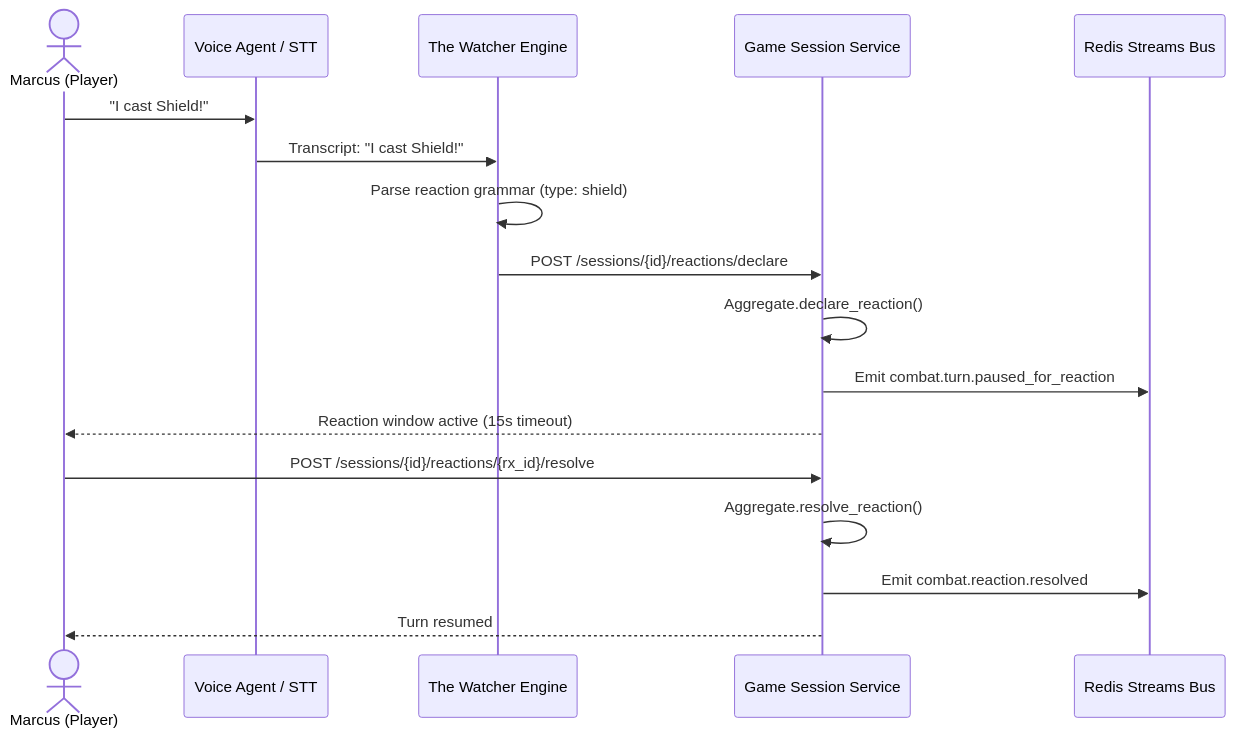
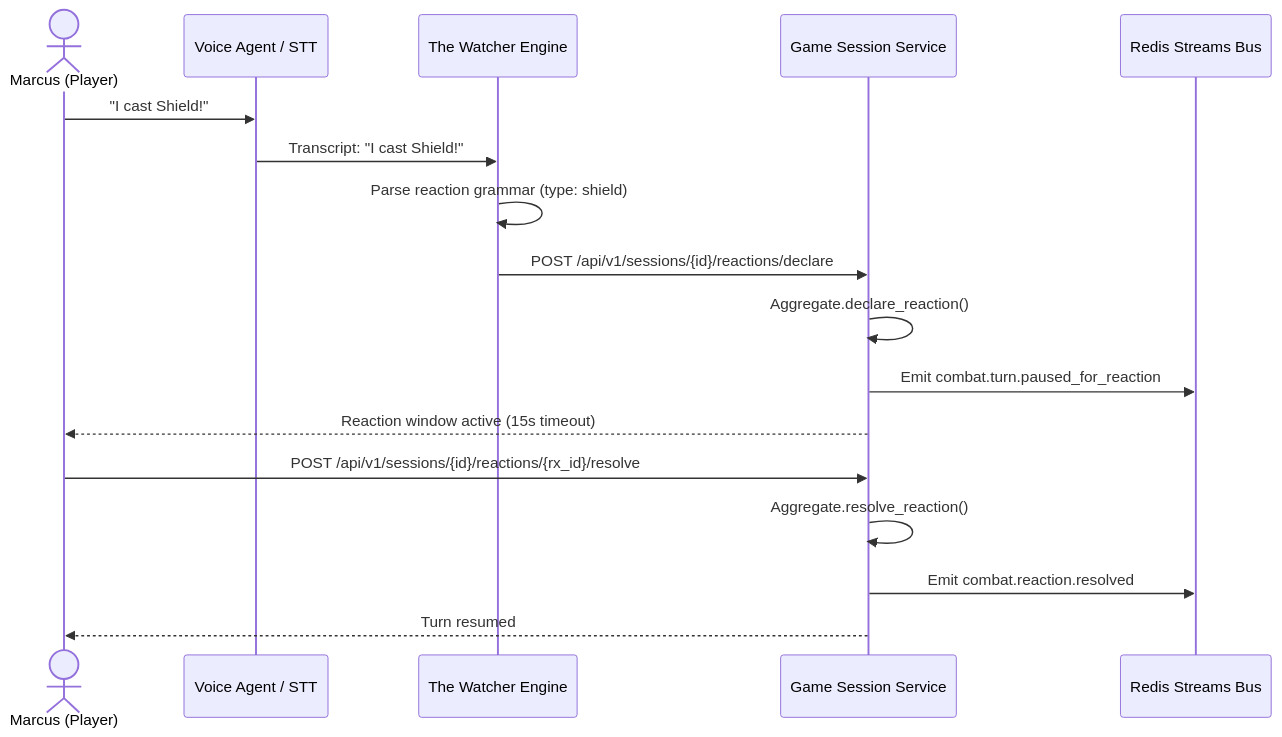
One commit to tyevans/runefoble changed the diagram in docs/how-to/manage-spoken-reactions-and-ready-actions.md. Above: the diagram before and after it, drawn with Mermaid. The commit also changed other lines of this file and 16 other files, not shown here.

````diff
--- a/docs/how-to/manage-spoken-reactions-and-ready-actions.md
+++ b/docs/how-to/manage-spoken-reactions-and-ready-actions.md
@@ -14,20 +14,20 @@
 ```mermaid
 sequenceDiagram
     actor Player as Marcus (Player)
     participant STT as Voice Agent / STT
     participant Watcher as The Watcher Engine
     participant Session as Game Session Service
     participant Bus as Redis Streams Bus
 
     Player->>STT: "I cast Shield!"
     STT->>Watcher: Transcript: "I cast Shield!"
     Watcher->>Watcher: Parse reaction grammar (type: shield)
-    Watcher->>Session: POST /sessions/{id}/reactions/declare
+    Watcher->>Session: POST /api/v1/sessions/{id}/reactions/declare
     Session->>Session: Aggregate.declare_reaction()
     Session->>Bus: Emit combat.turn.paused_for_reaction
     Session-->>Player: Reaction window active (15s timeout)
-    Player->>Session: POST /sessions/{id}/reactions/{rx_id}/resolve
+    Player->>Session: POST /api/v1/sessions/{id}/reactions/{rx_id}/resolve
     Session->>Session: Aggregate.resolve_reaction()
     Session->>Bus: Emit combat.reaction.resolved
     Session-->>Player: Turn resumed
 ```
````
